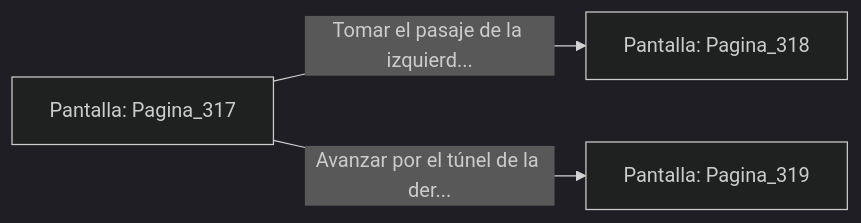
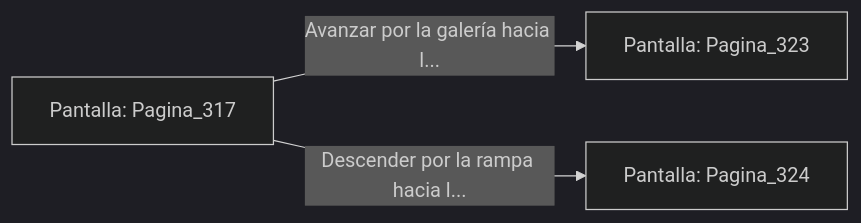
One commit to metsuke/mpl changed the diagram in sample/eligejuego-vault/Pantalla_Pagina_317.md. Above: the diagram before and after it, drawn with Mermaid (dark theme). The commit also changed other lines of this file and 635 other files, not shown here.

First line of the commit message:
fix: añadir Pagina_1 como pantalla inicial en capitulo_01.mpl

````diff
--- a/sample/eligejuego-vault/Pantalla_Pagina_317.md
+++ b/sample/eligejuego-vault/Pantalla_Pagina_317.md
@@ -20,6 +24,6 @@
 ```mermaid
 graph LR
     P_Pagina_317["Pantalla: Pagina_317"]
-    P_Pagina_317 -->|"Tomar el pasaje de la izquierd..."| P_Pagina_318["Pantalla: Pagina_318"]
-    P_Pagina_317 -->|"Avanzar por el túnel de la der..."| P_Pagina_319["Pantalla: Pagina_319"]
+    P_Pagina_317 -->|"Avanzar por la galería hacia l..."| P_Pagina_323["Pantalla: Pagina_323"]
+    P_Pagina_317 -->|"Descender por la rampa hacia l..."| P_Pagina_324["Pantalla: Pagina_324"]
 ```
````
